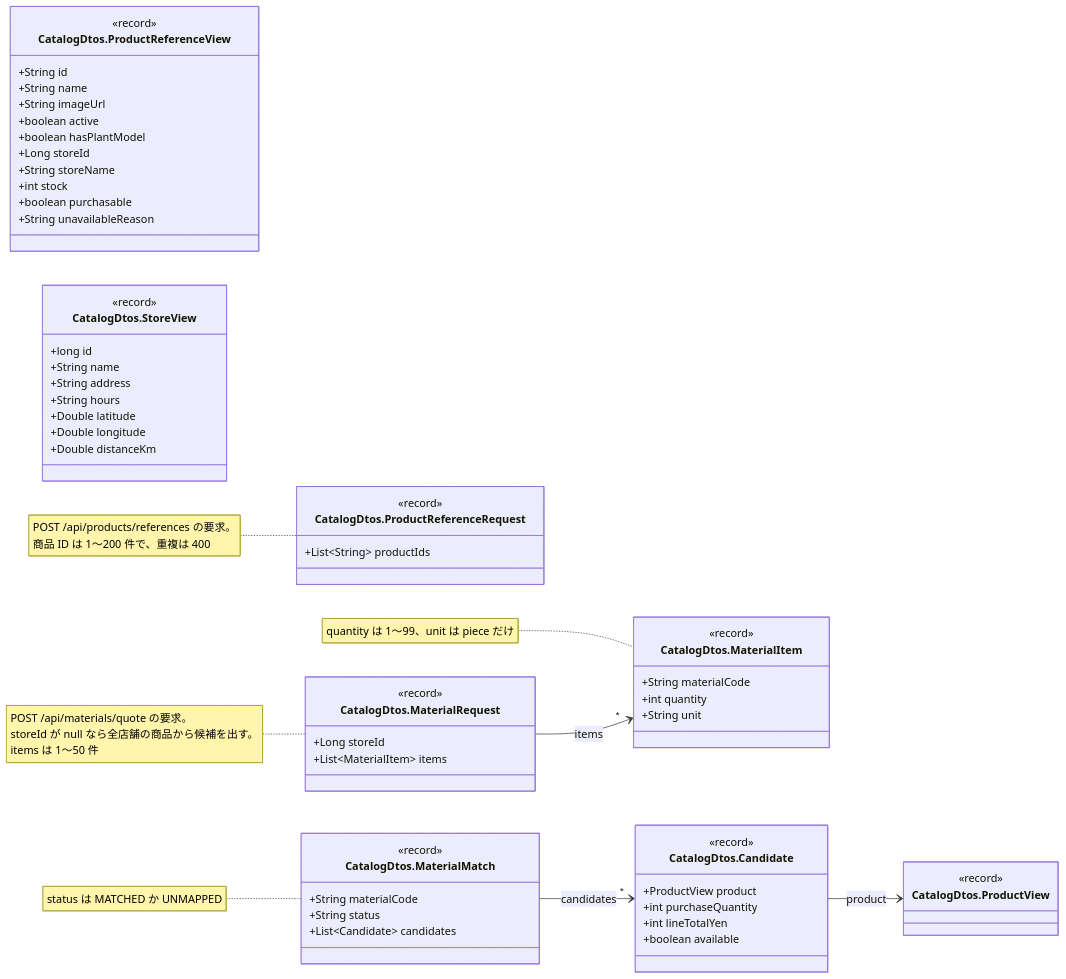
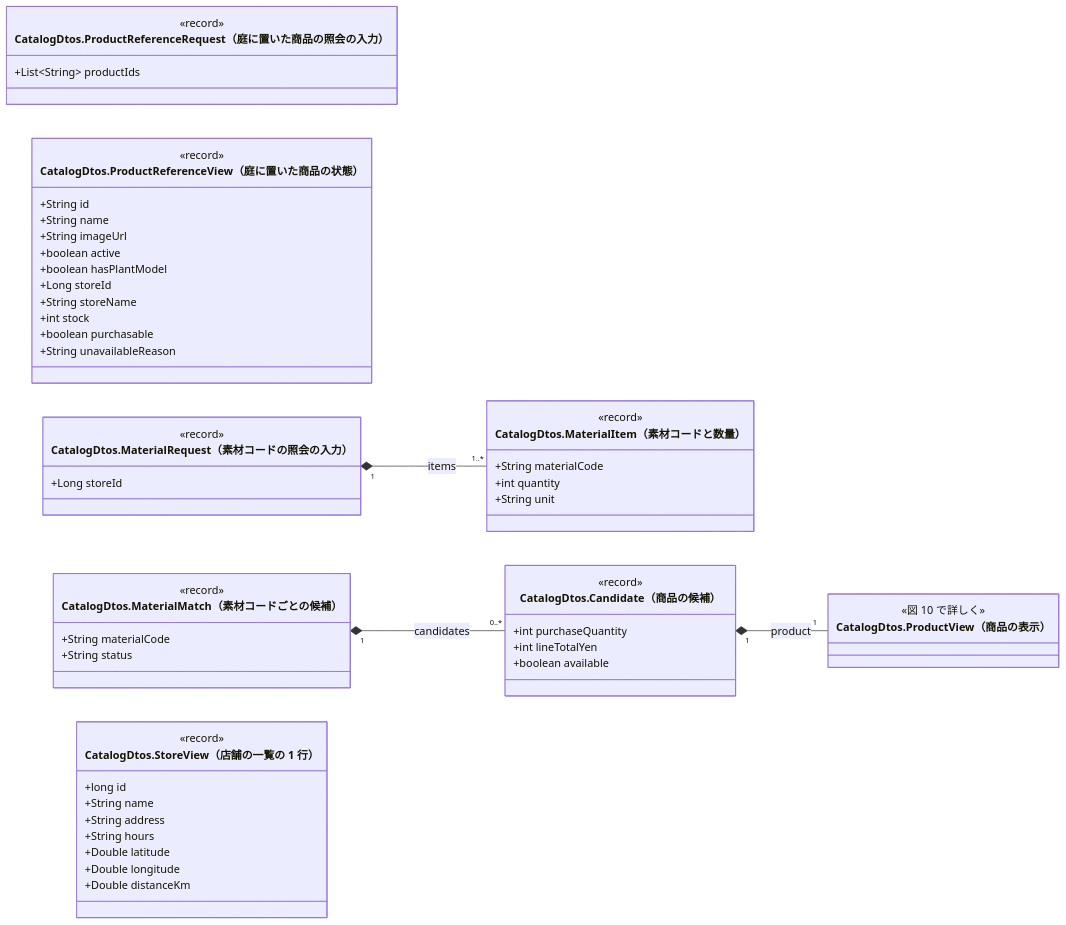
One commit to abeouga/kusakari-document changed diagram 11 of 14 in クラス図/kusakari-ec/03_商品カタログ.md. Above: the diagram before and after it, drawn with Mermaid. The commit also changed other lines of this file and 87 other files, not shown here.

Commit message:
EC のクラス図に全体図を足し、詳細図をデータとモジュールの図に分けて書き直す

````diff
--- a/クラス図/kusakari-ec/03_商品カタログ.md
+++ b/クラス図/kusakari-ec/03_商品カタログ.md
@@ -916,67 +1035,59 @@
 ```mermaid
 classDiagram
-  direction LR
-  class ProductReferenceRequest["CatalogDtos.ProductReferenceRequest"] {
-    <<record>>
-    +List~String~ productIds
-  }
-  class ProductReferenceView["CatalogDtos.ProductReferenceView"] {
-    <<record>>
-    +String id
-    +String name
-    +String imageUrl
-    +boolean active
-    +boolean hasPlantModel
-    +Long storeId
-    +String storeName
-    +int stock
-    +boolean purchasable
-    +String unavailableReason
-  }
-  class MaterialRequest["CatalogDtos.MaterialRequest"] {
-    <<record>>
-    +Long storeId
-    +List~MaterialItem~ items
-  }
-  class MaterialItem["CatalogDtos.MaterialItem"] {
-    <<record>>
-    +String materialCode
-    +int quantity
-    +String unit
-  }
-  class MaterialMatch["CatalogDtos.MaterialMatch"] {
-    <<record>>
-    +String materialCode
-    +String status
-    +List~Candidate~ candidates
-  }
-  class Candidate["CatalogDtos.Candidate"] {
-    <<record>>
-    +ProductView product
-    +int purchaseQuantity
-    +int lineTotalYen
-    +boolean available
-  }
-  class StoreView["CatalogDtos.StoreView"] {
-    <<record>>
-    +long id
-    +String name
-    +String address
-    +String hours
-    +Double latitude
-    +Double longitude
-    +Double distanceKm
-  }
-  class ProductView["CatalogDtos.ProductView"] {
-    <<record>>
-  }
+    direction LR
+    class ProductReferenceRequest["CatalogDtos.ProductReferenceRequest（庭に置いた商品の照会の入力）"] {
+        <<record>>
+        +List~String~ productIds
+    }
+    class ProductReferenceView["CatalogDtos.ProductReferenceView（庭に置いた商品の状態）"] {
+        <<record>>
+        +String id
+        +String name
+        +String imageUrl
+        +boolean active
+        +boolean hasPlantModel
+        +Long storeId
+        +String storeName
+        +int stock
+        +boolean purchasable
+        +String unavailableReason
+    }
+    class MaterialRequest["CatalogDtos.MaterialRequest（素材コードの照会の入力）"] {
+        <<record>>
+        +Long storeId
+    }
+    class MaterialItem["CatalogDtos.MaterialItem（素材コードと数量）"] {
+        <<record>>
+        +String materialCode
+        +int quantity
+        +String unit
+    }
+    class MaterialMatch["CatalogDtos.MaterialMatch（素材コードごとの候補）"] {
+        <<record>>
+        +String materialCode
+        +String status
+    }
+    class Candidate["CatalogDtos.Candidate（商品の候補）"] {
+        <<record>>
+        +int purchaseQuantity
+        +int lineTotalYen
+        +boolean available
+    }
+    class StoreView["CatalogDtos.StoreView（店舗の一覧の 1 行）"] {
+        <<record>>
+        +long id
+        +String name
+        +String address
+        +String hours
+        +Double latitude
+        +Double longitude
+        +Double distanceKm
+    }
+    class ProductView["CatalogDtos.ProductView（商品の表示）"] {
+        <<図 10 で詳しく>>
+    }
 
-  MaterialRequest --> "*" MaterialItem : items
-  MaterialMatch --> "*" Candidate : candidates
-  Candidate --> ProductView : product
-
-  note for ProductReferenceRequest "POST /api/products/references の要求。<br/>商品 ID は 1〜200 件で、重複は 400"
-  note for MaterialRequest "POST /api/materials/quote の要求。<br/>storeId が null なら全店舗の商品から候補を出す。<br/>items は 1〜50 件"
-  note for MaterialItem "quantity は 1〜99、unit は piece だけ"
-  note for MaterialMatch "status は MATCHED か UNMAPPED"
+    MaterialRequest "1" *-- "1..*" MaterialItem : items
+    MaterialMatch "1" *-- "0..*" Candidate : candidates
+    Candidate "1" *-- "1" ProductView : product
 ```
````
